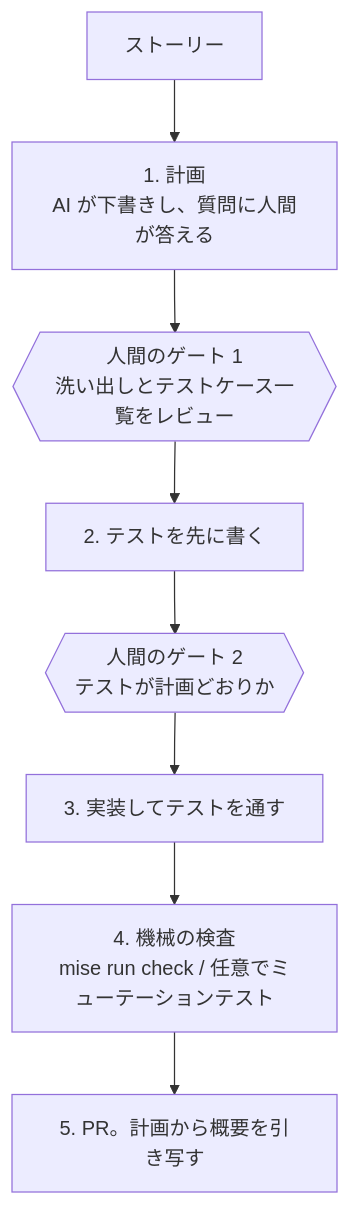
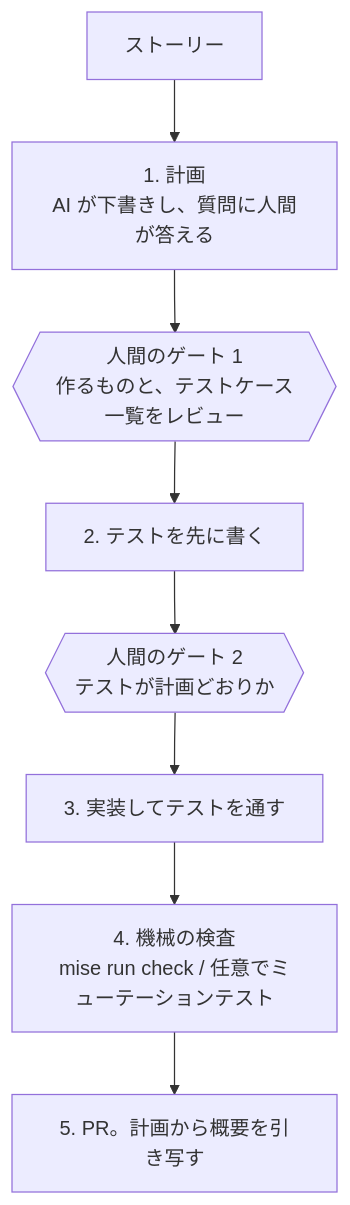
One commit to y-oga-819/aidd-azure-project-template changed the diagram in docs/development-flow.md. Above: the diagram before and after it, drawn with Mermaid. The commit also changed other lines of this file, not shown here.

````diff
--- a/docs/development-flow.md
+++ b/docs/development-flow.md
@@ -18,10 +18,10 @@
 ```mermaid
 flowchart TB
   story[ストーリー] --> plan[1. 計画<br/>AI が下書きし、質問に人間が答える]
-  plan --> gate1{{人間のゲート 1<br/>洗い出しとテストケース一覧をレビュー}}
+  plan --> gate1{{人間のゲート 1<br/>作るものと、テストケース一覧をレビュー}}
   gate1 --> test[2. テストを先に書く]
   test --> gate2{{人間のゲート 2<br/>テストが計画どおりか}}
   gate2 --> impl[3. 実装してテストを通す]
   impl --> check[4. 機械の検査<br/>mise run check / 任意でミューテーションテスト]
   check --> pr[5. PR。計画から概要を引き写す]
 ```
````
